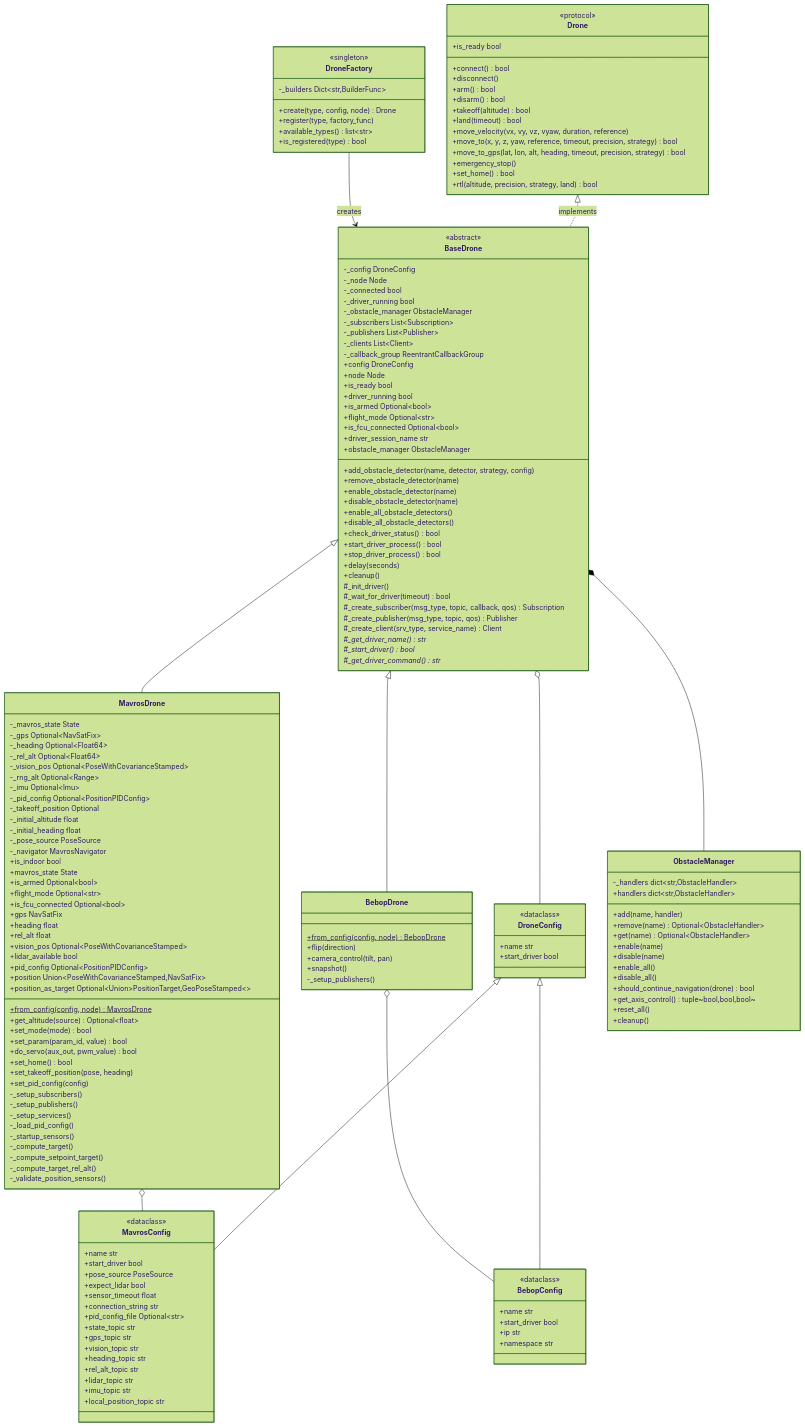
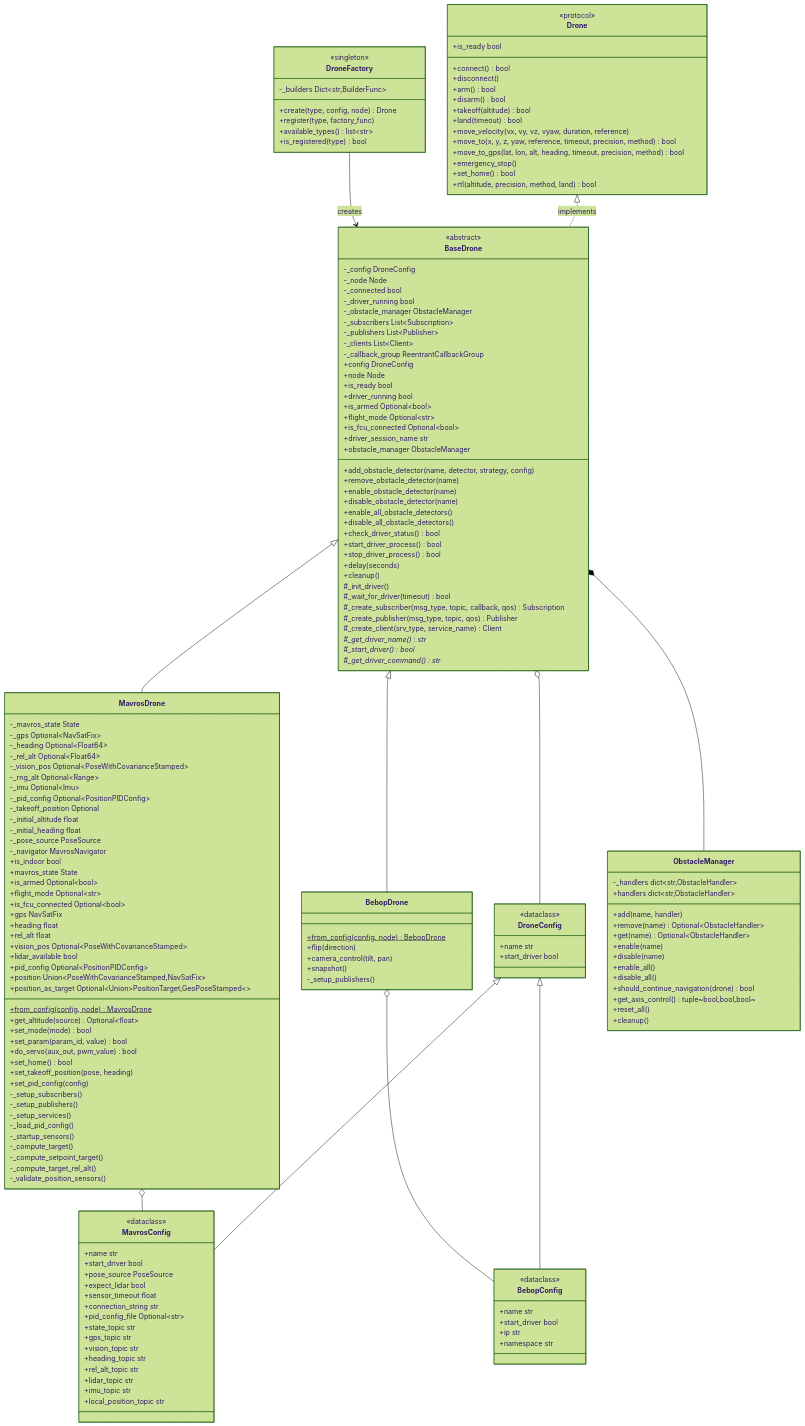
Before and after one commit to Black-Bee-Drones/nectar-sdk: the first of 2 diagrams in nectar/nectar/control/README.md, drawn with Mermaid (forest theme). The commit also changed other lines of this file and 10 other files, not shown here.

```diff
--- a/nectar/nectar/control/README.md
+++ b/nectar/nectar/control/README.md
@@ -33,11 +33,11 @@
         +takeoff(altitude) bool
         +land(timeout) bool
         +move_velocity(vx, vy, vz, vyaw, duration, reference)
-        +move_to(x, y, z, yaw, reference, timeout, precision, strategy) bool
-        +move_to_gps(lat, lon, alt, heading, timeout, precision, strategy) bool
+        +move_to(x, y, z, yaw, reference, timeout, precision, method) bool
+        +move_to_gps(lat, lon, alt, heading, timeout, precision, method) bool
         +emergency_stop()
         +set_home() bool
-        +rtl(altitude, precision, strategy, land) bool
+        +rtl(altitude, precision, method, land) bool
     }
 
     class BaseDrone {
```
